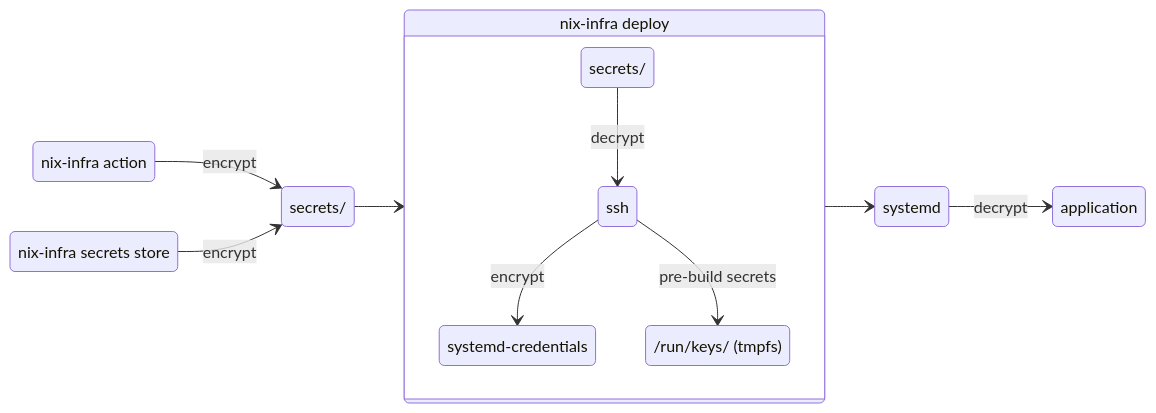
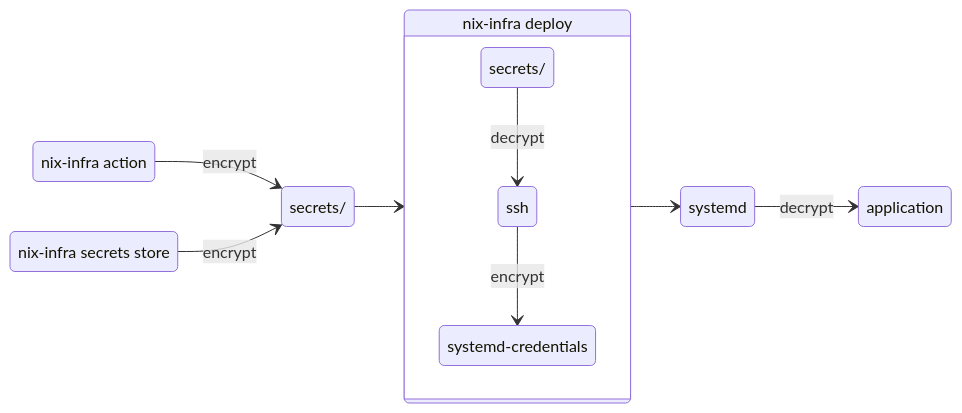
The diagram in docs/SECRETS.md (jhsware/nix-infra), drawn with Mermaid before and after one commit. The commit also changed other lines of this file and 8 other files, not shown here.

First line of the commit message:
Remove legacy pre-build secrets code and documentation

````diff
--- a/docs/SECRETS.md
+++ b/docs/SECRETS.md
@@ -7,27 +7,25 @@
 ```mermaid
 stateDiagram
 direction LR
 
 action : nix-infra action
 secret : nix-infra secrets store
 local_secrets_enc : secrets/
 
 state cli_deploy {
   local_secrets_dec : secrets/
   ssh
   systemd_credentials : systemd-credentials
-  pre_build : /run/keys/ (tmpfs)
 }
 cli_deploy : nix-infra deploy
 
 action --> local_secrets_enc : encrypt
 secret --> local_secrets_enc : encrypt
 
 local_secrets_enc --> cli_deploy
 local_secrets_dec --> ssh : decrypt
 ssh --> systemd_credentials : encrypt
-ssh --> pre_build : pre-build secrets
 
 cli_deploy --> systemd
 systemd --> application : decrypt
 ```
````
